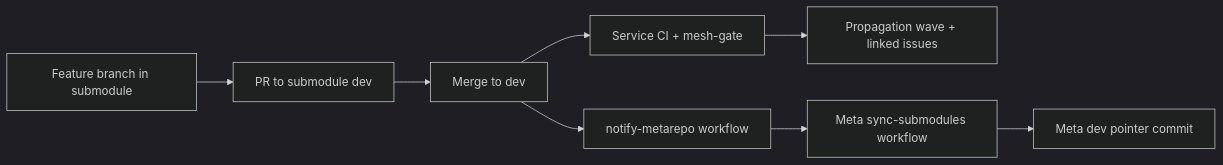
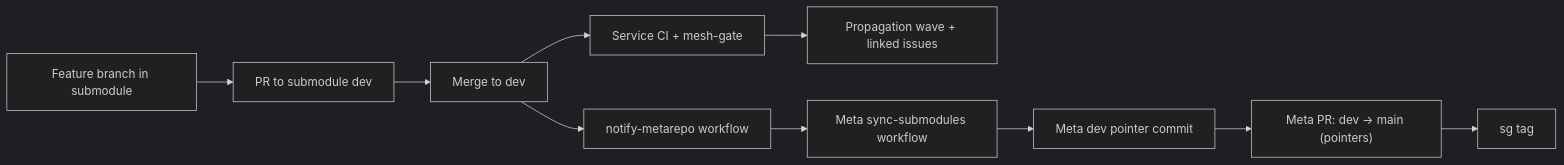
One commit to Software-Graph/software-graph-docs changed the diagram in docs/architecture/overview.md. Above: the diagram before and after it, drawn with Mermaid (dark theme). The commit also changed other lines of this file and 4 other files, not shown here.

Commit message:
docs: move to dev-only pointer sync and tag-first promotion

````diff
--- a/docs/architecture/overview.md
+++ b/docs/architecture/overview.md
@@ -41,10 +42,12 @@
 ```mermaid
 flowchart LR
     Feature["Feature branch in submodule"] --> PR["PR to submodule dev"]
     PR --> Merge["Merge to dev"]
     Merge --> CI["Service CI + mesh-gate"]
     CI --> Prop["Propagation wave + linked issues"]
     Merge --> Notify["notify-metarepo workflow"]
     Notify --> Sync["Meta sync-submodules workflow"]
     Sync --> Pointer["Meta dev pointer commit"]
+    Pointer --> Promote["Meta PR: dev -> main (pointers)"]
+    Promote --> Tag["sg tag <version>"]
 ```
````
